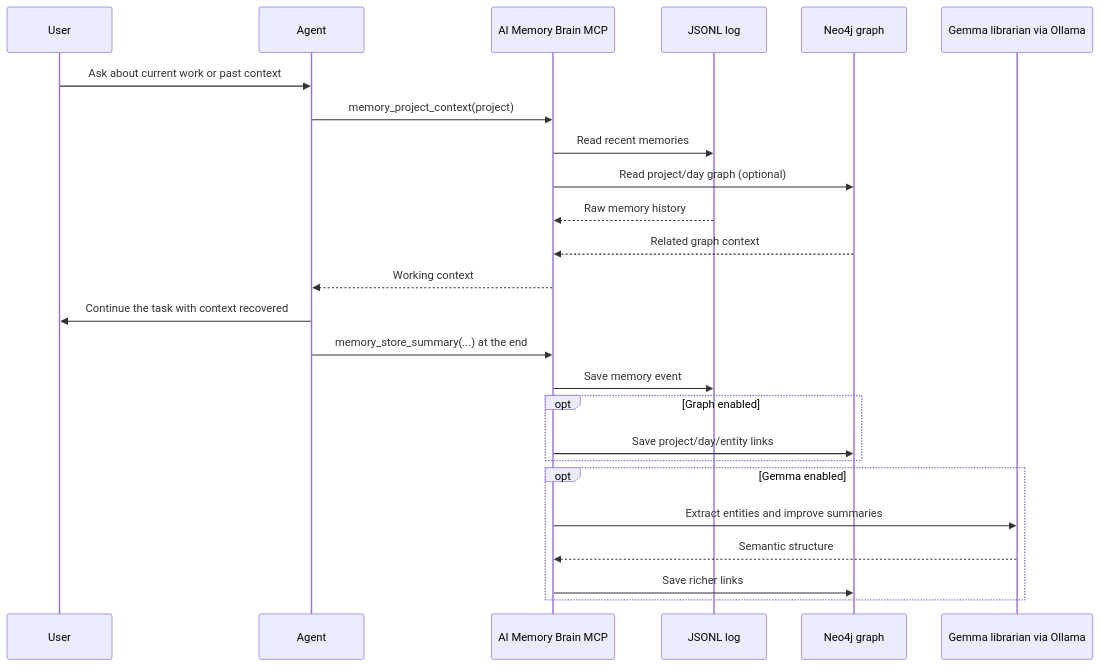
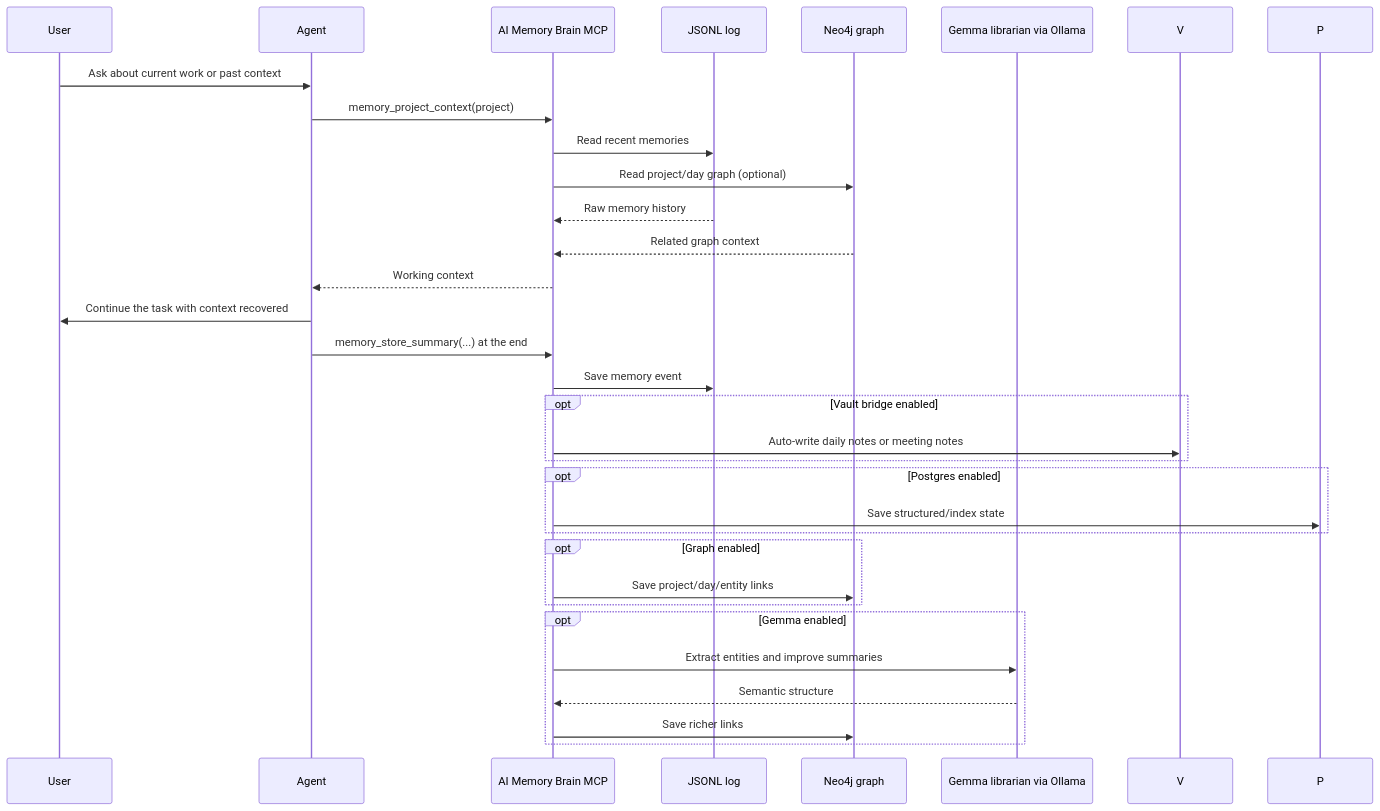
Before and after one commit to akushniruk/ai-memory-brain: the second of 4 diagrams in README.md, drawn with Mermaid. The commit also changed other lines of this file and 22 other files, not shown here.

````diff
--- a/README.md
+++ b/README.md
@@ -47,28 +55,34 @@
 ```mermaid
 sequenceDiagram
   participant U as User
   participant A as Agent
   participant B as AI Memory Brain MCP
   participant J as JSONL log
   participant G as Neo4j graph
   participant H as Gemma librarian via Ollama
 
   U->>A: Ask about current work or past context
   A->>B: memory_project_context(project)
   B->>J: Read recent memories
   B->>G: Read project/day graph (optional)
   J-->>B: Raw memory history
   G-->>B: Related graph context
   B-->>A: Working context
   A->>U: Continue the task with context recovered
   A->>B: memory_store_summary(...) at the end
   B->>J: Save memory event
+  opt Vault bridge enabled
+    B->>V: Auto-write daily notes or meeting notes
+  end
+  opt Postgres enabled
+    B->>P: Save structured/index state
+  end
   opt Graph enabled
     B->>G: Save project/day/entity links
   end
   opt Gemma enabled
     B->>H: Extract entities and improve summaries
     H-->>B: Semantic structure
     B->>G: Save richer links
   end
 ```
````
